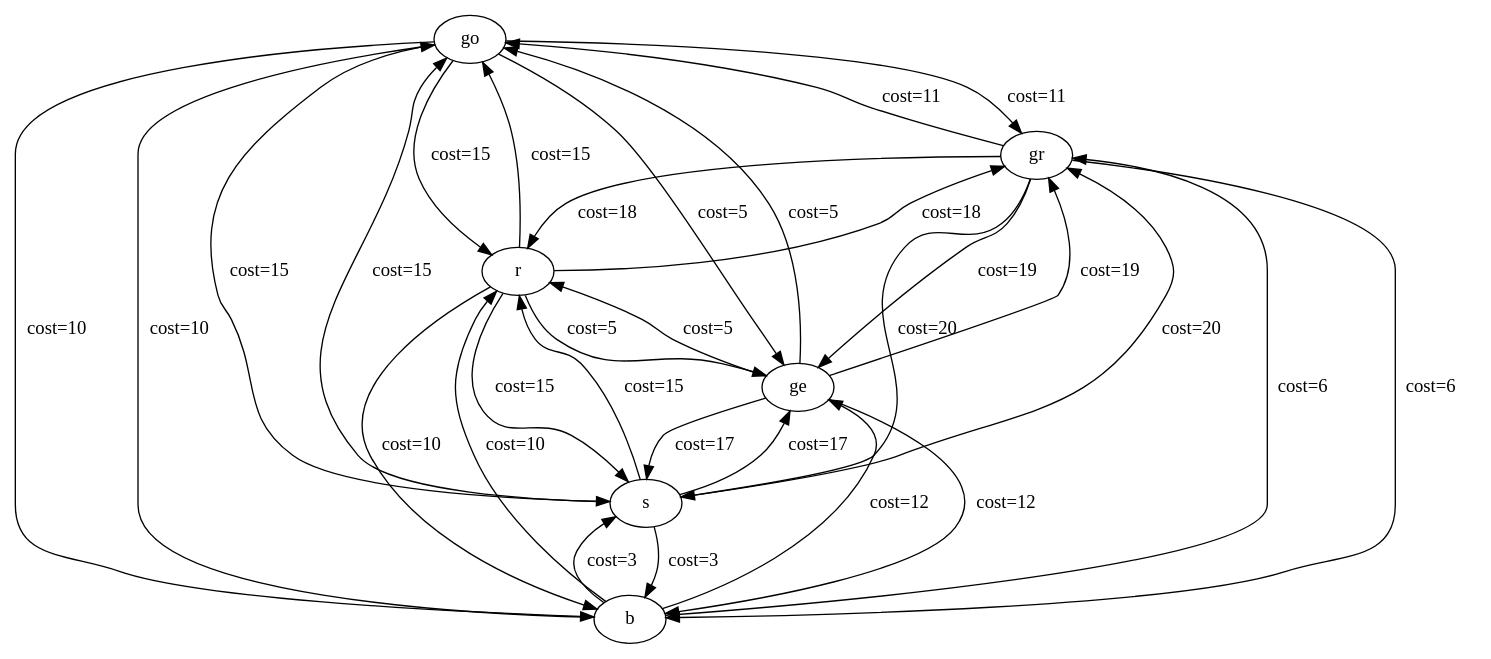
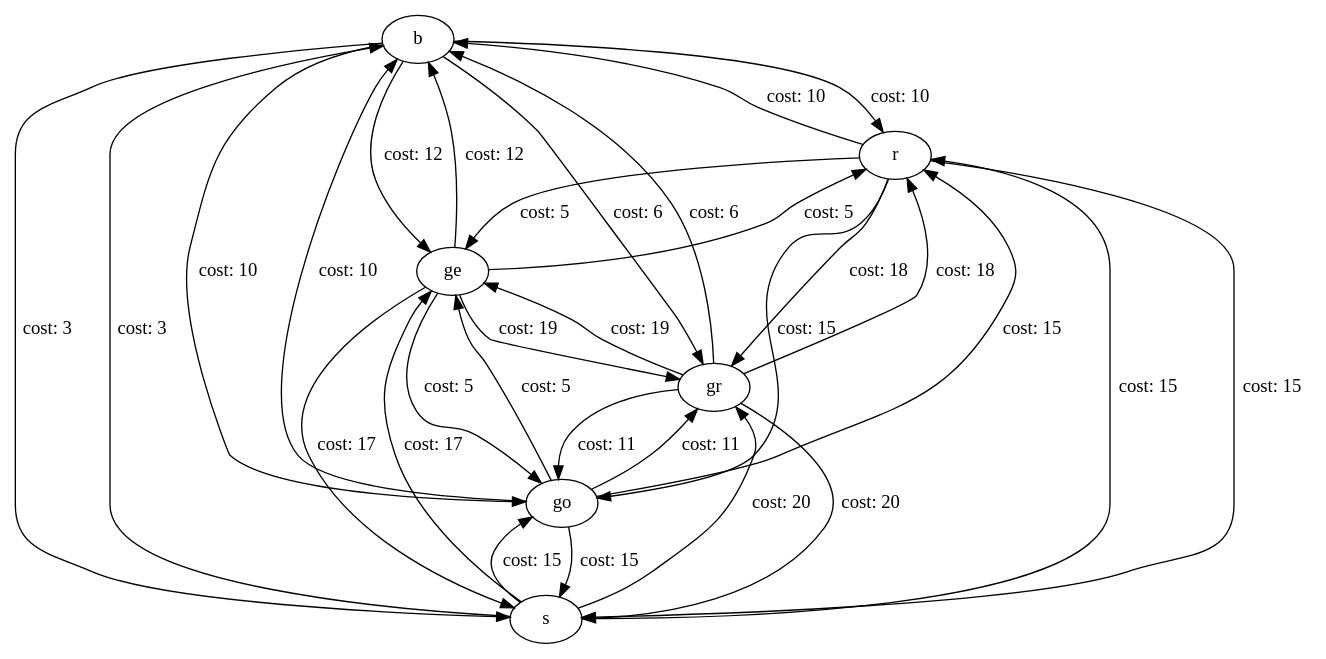
One commit to MaxPower9001/B-AI3GKAP changed the diagram in io/graph_12.dot. Above: the diagram before and after it, drawn with Graphviz. The commit also changed 41 other files, not shown here.

```diff
--- a/io/graph_12.dot
+++ b/io/graph_12.dot
@@ -1,39 +1,38 @@
-digraph graph_12
-{
-go
-gr
-b
-s
-ge
-r
-go -> gr [label="cost=11  "]
-go -> b [label="cost=10  "]
-go -> s [label="cost=15  "]
-go -> ge [label="cost=5  "]
-go -> r [label="cost=15  "]
-gr -> go [label="cost=11  "]
-gr -> b [label="cost=6  "]
-gr -> s [label="cost=20  "]
-gr -> ge [label="cost=19  "]
-gr -> r [label="cost=18  "]
-b -> go [label="cost=10  "]
-b -> gr [label="cost=6  "]
-b -> s [label="cost=3  "]
-b -> ge [label="cost=12  "]
-b -> r [label="cost=10  "]
-s -> go [label="cost=15  "]
-s -> gr [label="cost=20  "]
-s -> b [label="cost=3  "]
-s -> ge [label="cost=17  "]
-s -> r [label="cost=15  "]
-ge -> go [label="cost=5  "]
-ge -> gr [label="cost=19  "]
-ge -> b [label="cost=12  "]
-ge -> s [label="cost=17  "]
-ge -> r [label="cost=5  "]
-r -> go [label="cost=15  "]
-r -> gr [label="cost=18  "]
-r -> b [label="cost=10  "]
-r -> s [label="cost=15  "]
-r -> ge [label="cost=5  "]
+digraph G {
+	b -> r [label="cost: 10"];
+	b -> s [label="cost: 3"];
+	b -> go [label="cost: 10"];
+	b -> gr [label="cost: 6"];
+	b -> ge [label="cost: 12"];
+	r -> b [label="cost: 10"];
+	r -> s [label="cost: 15"];
+	r -> go [label="cost: 15"];
+	r -> gr [label="cost: 18"];
+	r -> ge [label="cost: 5"];
+	s -> r [label="cost: 15"];
+	s -> b [label="cost: 3"];
+	s -> go [label="cost: 15"];
+	s -> gr [label="cost: 20"];
+	s -> ge [label="cost: 17"];
+	go -> b [label="cost: 10"];
+	go -> r [label="cost: 15"];
+	go -> s [label="cost: 15"];
+	go -> gr [label="cost: 11"];
+	go -> ge [label="cost: 5"];
+	gr -> b [label="cost: 6"];
+	gr -> r [label="cost: 18"];
+	gr -> s [label="cost: 20"];
+	gr -> go [label="cost: 11"];
+	gr -> ge [label="cost: 19"];
+	ge -> r [label="cost: 5"];
+	ge -> b [label="cost: 12"];
+	ge -> s [label="cost: 17"];
+	ge -> go [label="cost: 5"];
+	ge -> gr [label="cost: 19"];
+	b [label="b"];
+	r [label="r"];
+	s [label="s"];
+	go [label="go"];
+	gr [label="gr"];
+	ge [label="ge"];
 }
```
